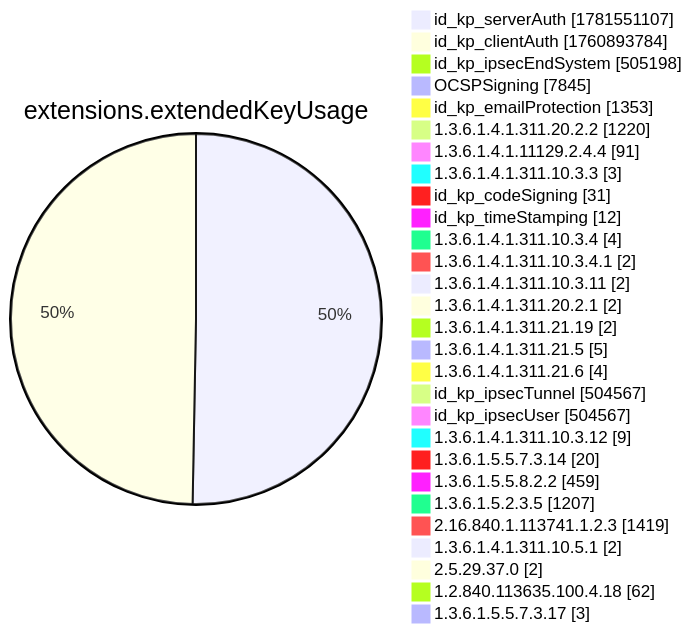
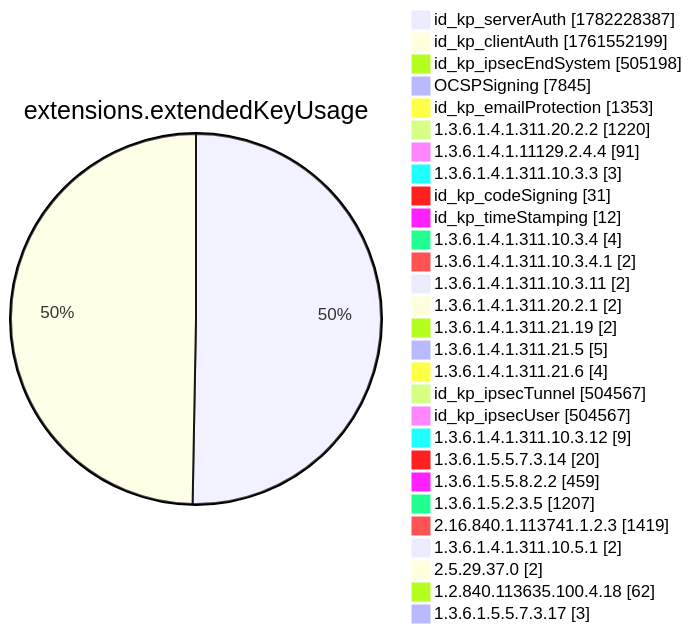
One commit to christiankrug/ctmonitor_visualization changed diagram 12 of 15 in xenon2022/README.md. Above: the diagram before and after it, drawn with Mermaid. The commit also changed other lines of this file, not shown here.

````diff
--- a/xenon2022/README.md
+++ b/xenon2022/README.md
@@ -3894,32 +3894,32 @@
 ```mermaid
 pie showData
 title extensions.extendedKeyUsage
-"id_kp_serverAuth" :1781551107
-"id_kp_clientAuth" :1760893784
+"id_kp_serverAuth" :1782228387
+"id_kp_clientAuth" :1761552199
 "id_kp_ipsecEndSystem" :505198
 "OCSPSigning" :7845
 "id_kp_emailProtection" :1353
 "1.3.6.1.4.1.311.20.2.2" :1220
 "1.3.6.1.4.1.11129.2.4.4" :91
 "1.3.6.1.4.1.311.10.3.3" :3
 "id_kp_codeSigning" :31
 "id_kp_timeStamping" :12
 "1.3.6.1.4.1.311.10.3.4" :4
 "1.3.6.1.4.1.311.10.3.4.1" :2
 "1.3.6.1.4.1.311.10.3.11" :2
 "1.3.6.1.4.1.311.20.2.1" :2
 "1.3.6.1.4.1.311.21.19" :2
 "1.3.6.1.4.1.311.21.5" :5
 "1.3.6.1.4.1.311.21.6" :4
 "id_kp_ipsecTunnel" :504567
 "id_kp_ipsecUser" :504567
 "1.3.6.1.4.1.311.10.3.12" :9
 "1.3.6.1.5.5.7.3.14" :20
 "1.3.6.1.5.5.8.2.2" :459
 "1.3.6.1.5.2.3.5" :1207
 "2.16.840.1.113741.1.2.3" :1419
 "1.3.6.1.4.1.311.10.5.1" :2
 "2.5.29.37.0" :2
 "1.2.840.113635.100.4.18" :62
 "1.3.6.1.5.5.7.3.17" :3
 ```
````
